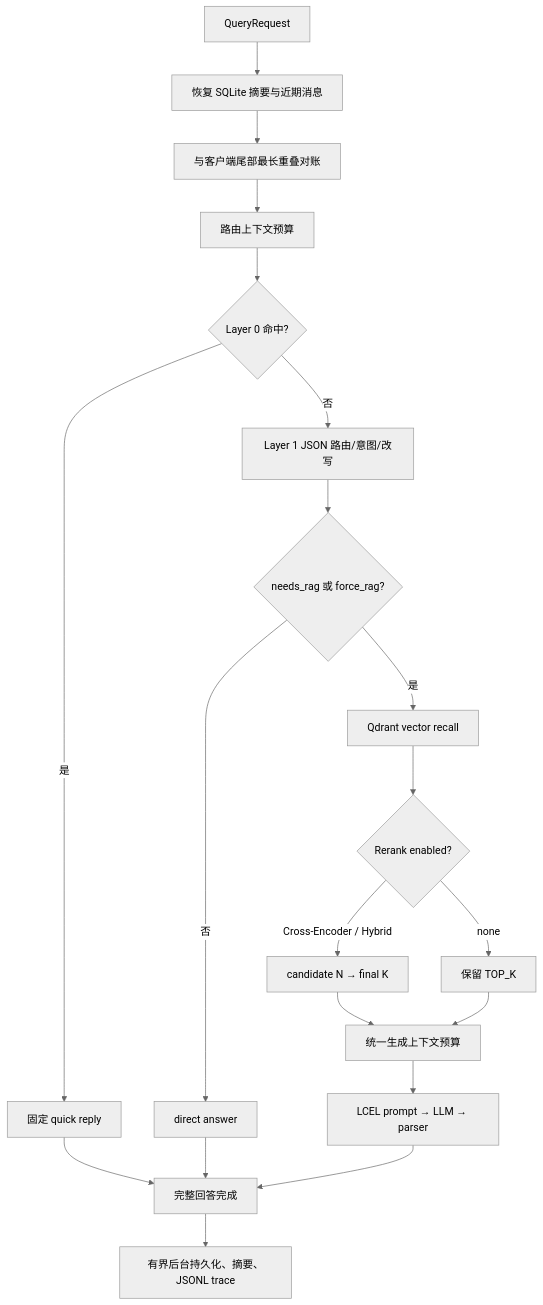
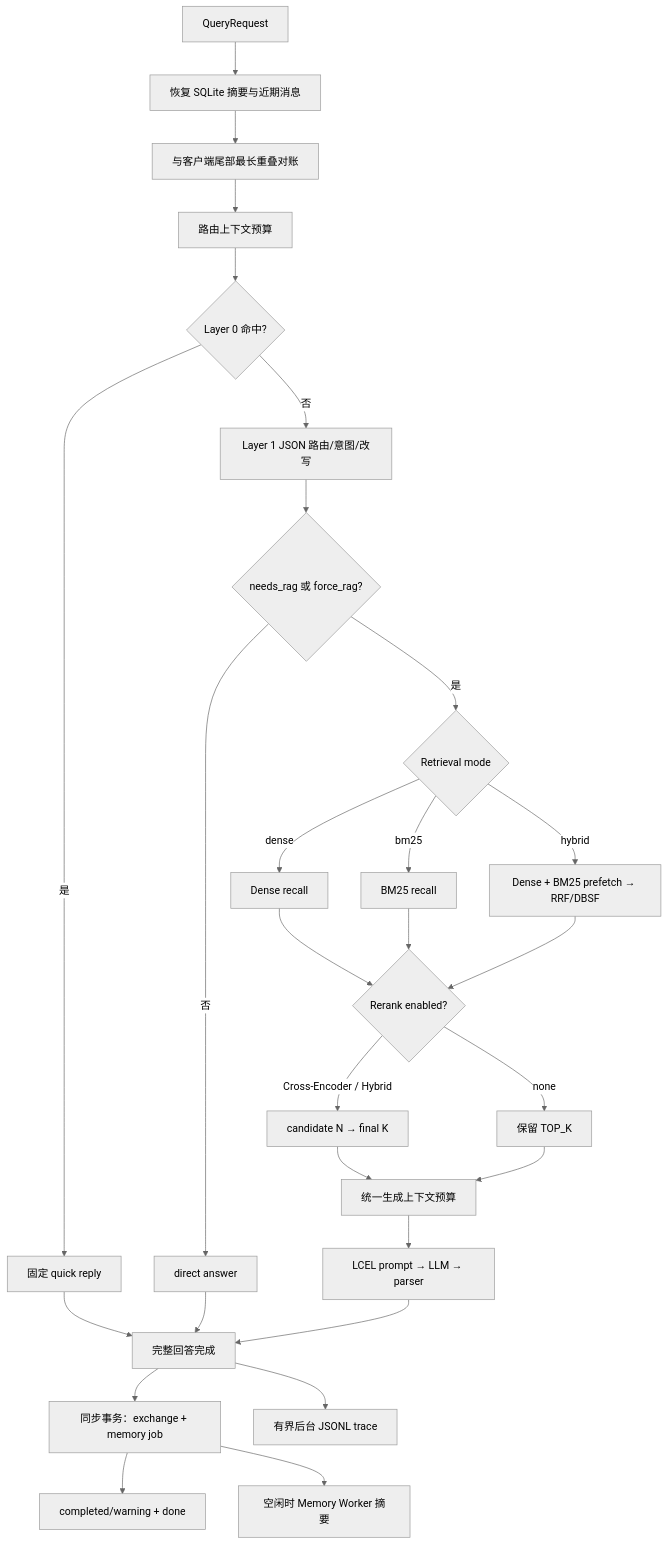
Before and after one commit to KyrieOakes/local-rag-system: the second of 2 diagrams in docs/architecture.md, drawn with Mermaid (neutral theme). The commit also changed other lines of this file and 63 other files, not shown here.

````diff
--- a/docs/architecture.md
+++ b/docs/architecture.md
@@ -96,22 +104,30 @@
 ```mermaid
 flowchart TD
     A["QueryRequest"] --> B["恢复 SQLite 摘要与近期消息"]
     B --> C["与客户端尾部最长重叠对账"]
     C --> D["路由上下文预算"]
     D --> E{"Layer 0 命中?"}
     E -- 是 --> F["固定 quick reply"]
     E -- 否 --> G["Layer 1 JSON 路由/意图/改写"]
     G --> H{"needs_rag 或 force_rag?"}
     H -- 否 --> I["direct answer"]
-    H -- 是 --> J["Qdrant vector recall"]
-    J --> K{"Rerank enabled?"}
+    H -- 是 --> J{"Retrieval mode"}
+    J -- dense --> JD["Dense recall"]
+    J -- bm25 --> JB["BM25 recall"]
+    J -- hybrid --> JH["Dense + BM25 prefetch → RRF/DBSF"]
+    JD --> K{"Rerank enabled?"}
+    JB --> K
+    JH --> K
     K -- Cross-Encoder / Hybrid --> L["candidate N → final K"]
     K -- none --> M["保留 TOP_K"]
     L --> N["统一生成上下文预算"]
     M --> N
     N --> O["LCEL prompt → LLM → parser"]
     F --> P["完整回答完成"]
     I --> P
     O --> P
-    P --> Q["有界后台持久化、摘要、JSONL trace"]
+    P --> Q["同步事务：exchange + memory job"]
+    Q --> R["completed/warning + done"]
+    Q --> W["空闲时 Memory Worker 摘要"]
+    P --> T["有界后台 JSONL trace"]
 ```
````
